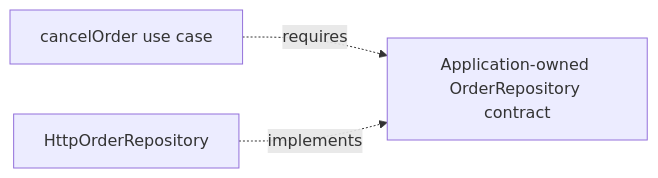
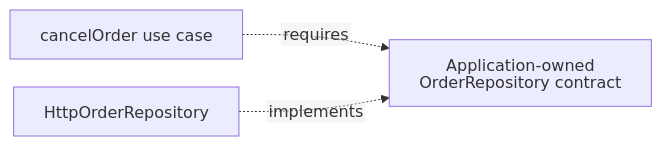
Before and after one commit to AndresTaoFlorez/software-architecture: the fifth of 6 diagrams in architecture/styles/onion-architecture/README.md, drawn with Mermaid. The commit also changed other lines of this file and 79 other files, not shown here.

````diff
--- a/architecture/styles/onion-architecture/README.md
+++ b/architecture/styles/onion-architecture/README.md
@@ -214,5 +274,6 @@
 ```mermaid
+%%{init: {"htmlLabels": false, "flowchart": {"htmlLabels": false, "nodeSpacing": 28, "rankSpacing": 48, "diagramPadding": 20, "wrappingWidth": 280}, "sequence": {"wrap": true, "diagramMarginX": 20, "diagramMarginY": 20}}}%%
 flowchart LR
-    UC["cancelOrder use case"] -. "requires" .-> PORT["Application-owned OrderRepository contract"]
+    UC["cancelOrder use case"] -. "requires" .-> PORT["Application-owned<br/>OrderRepository contract"]
     HTTP["HttpOrderRepository"] -. "implements" .-> PORT
 ```
````
